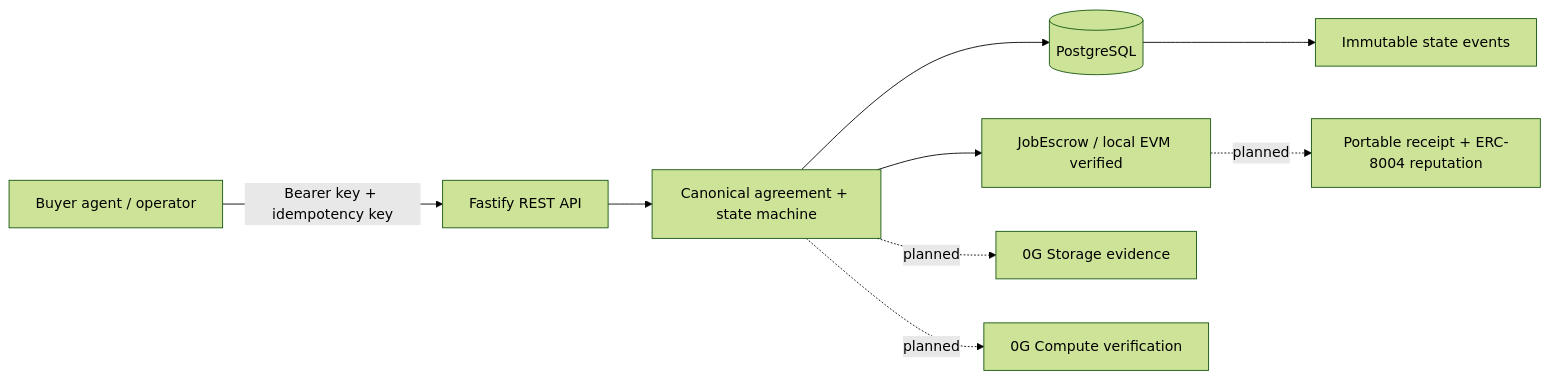
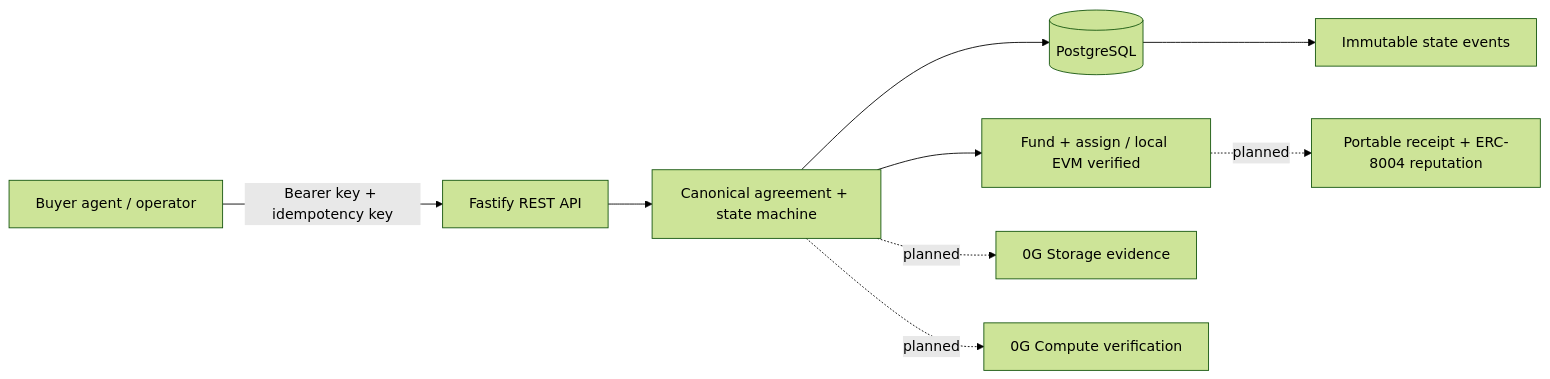
Before and after one commit to anikeaty08/AgentClear: the diagram in README.md, drawn with Mermaid (forest theme). The commit also changed other lines of this file and 30 other files, not shown here.

Commit message:
feat: assign providers through durable escrow flow

````diff
--- a/README.md
+++ b/README.md
@@ -7,11 +7,11 @@
 ```mermaid
 flowchart LR
   Client[Buyer agent / operator] -->|Bearer key + idempotency key| API[Fastify REST API]
   API --> Domain[Canonical agreement + state machine]
   Domain --> DB[(PostgreSQL)]
   DB --> Events[Immutable state events]
-  Domain --> Chain[JobEscrow / local EVM verified]
+  Domain --> Chain[Fund + assign / local EVM verified]
   Domain -. planned .-> Storage[0G Storage evidence]
   Domain -. planned .-> Compute[0G Compute verification]
   Chain -. planned .-> Receipt[Portable receipt + ERC-8004 reputation]
 ```
````
